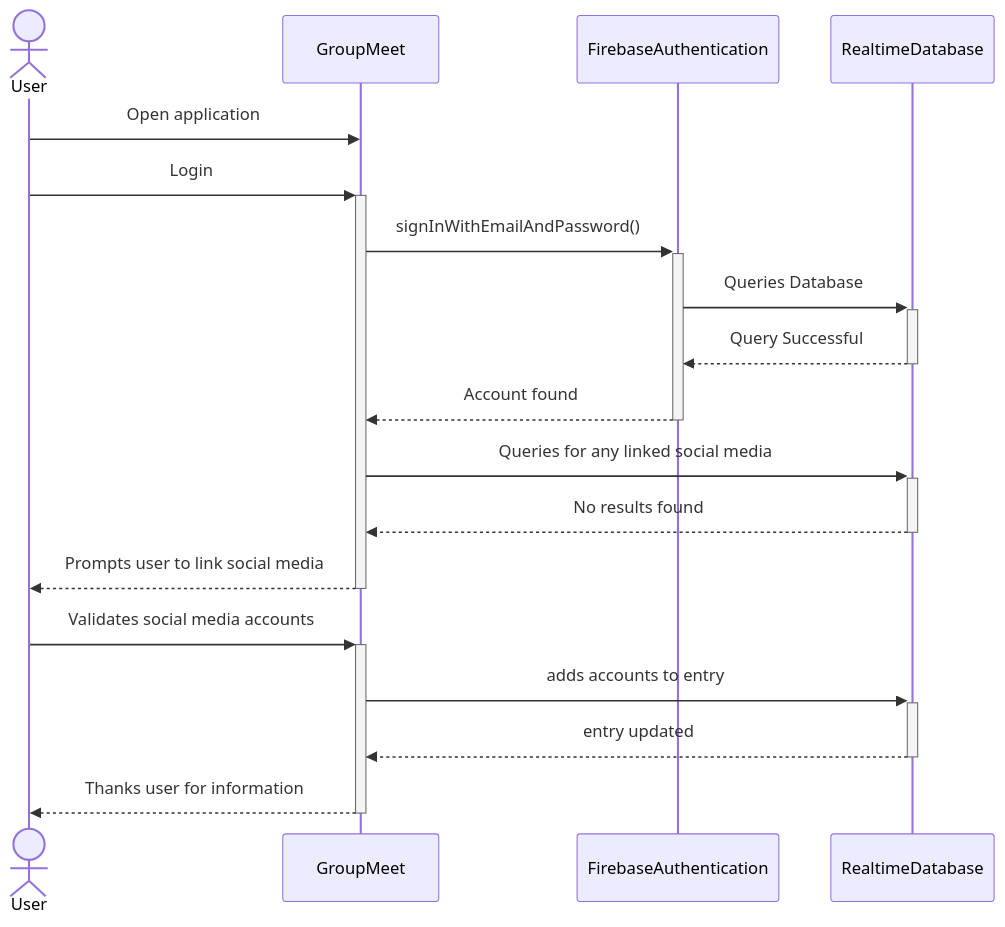
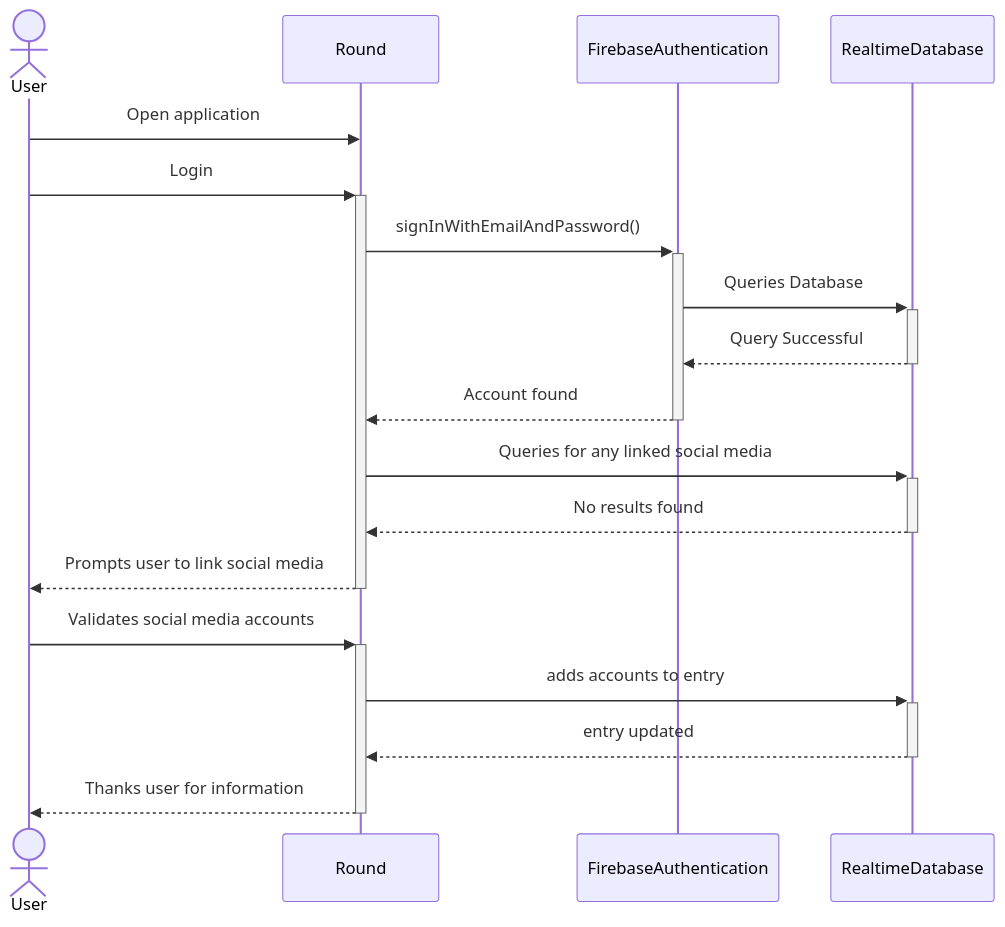
The fifth of 12 diagrams in documentation/docs/system-architecture/design.md (Capstone-Projects-2023-Spring/project-groupmeet), drawn with Mermaid before and after one commit. The commit also changed other lines of this file and 12 other files, not shown here.

````diff
--- a/documentation/docs/system-architecture/design.md
+++ b/documentation/docs/system-architecture/design.md
@@ -240,17 +242,17 @@
 ```mermaid
 sequenceDiagram
     actor User
-    User->>GroupMeet: Open application
-    User->>+GroupMeet: Login
-    GroupMeet->>+FirebaseAuthentication: signInWithEmailAndPassword()
+    User->>Round: Open application
+    User->>+Round: Login
+    Round->>+FirebaseAuthentication: signInWithEmailAndPassword()
     FirebaseAuthentication->>+RealtimeDatabase: Queries Database
     RealtimeDatabase-->>-FirebaseAuthentication: Query Successful
-    FirebaseAuthentication-->>-GroupMeet: Account found
-    GroupMeet->>+RealtimeDatabase: Queries for any linked social media
-    RealtimeDatabase-->>-GroupMeet: No results found
-    GroupMeet-->>-User: Prompts user to link social media
-    User->>+GroupMeet: Validates social media accounts
-    GroupMeet->>+RealtimeDatabase: adds accounts to entry
-    RealtimeDatabase-->>-GroupMeet: entry updated
-    GroupMeet-->>-User: Thanks user for information
+    FirebaseAuthentication-->>-Round: Account found
+    Round->>+RealtimeDatabase: Queries for any linked social media
+    RealtimeDatabase-->>-Round: No results found
+    Round-->>-User: Prompts user to link social media
+    User->>+Round: Validates social media accounts
+    Round->>+RealtimeDatabase: adds accounts to entry
+    RealtimeDatabase-->>-Round: entry updated
+    Round-->>-User: Thanks user for information
 ```
````
